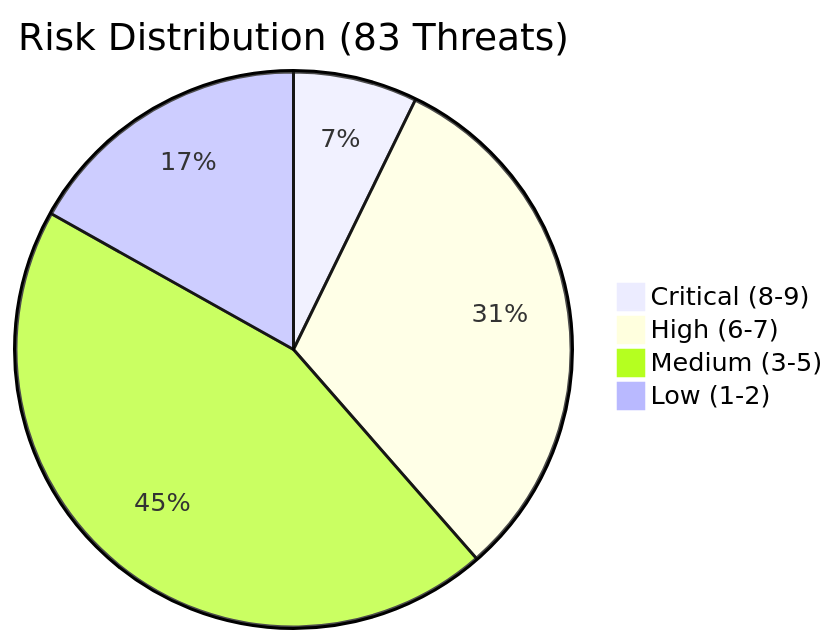
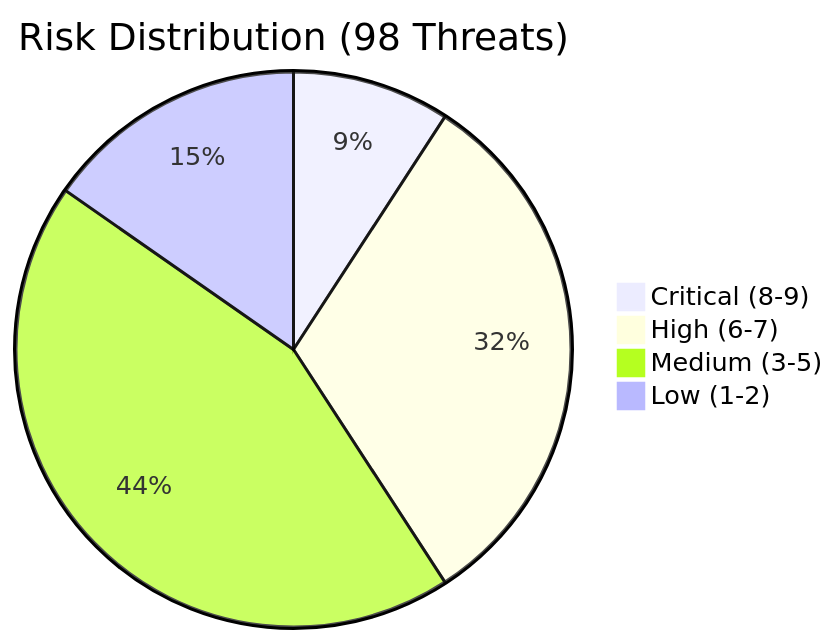
The diagram in security/threat-modeling/risk-assessment/risk-matrix.md (aws-solutions-library-samples/accelerated-intelligent-document-processing-on-aws), drawn with Mermaid before and after one commit. The commit also changed other lines of this file and 23 other files, not shown here.

````diff
--- a/security/threat-modeling/risk-assessment/risk-matrix.md
+++ b/security/threat-modeling/risk-assessment/risk-matrix.md
@@ -155,7 +172,7 @@
 ```mermaid
-pie title Risk Distribution (83 Threats)
-    "Critical (8-9)" : 6
-    "High (6-7)" : 26
-    "Medium (3-5)" : 37
-    "Low (1-2)" : 14
+pie title Risk Distribution (98 Threats)
+    "Critical (8-9)" : 9
+    "High (6-7)" : 31
+    "Medium (3-5)" : 43
+    "Low (1-2)" : 15
 ```
````
